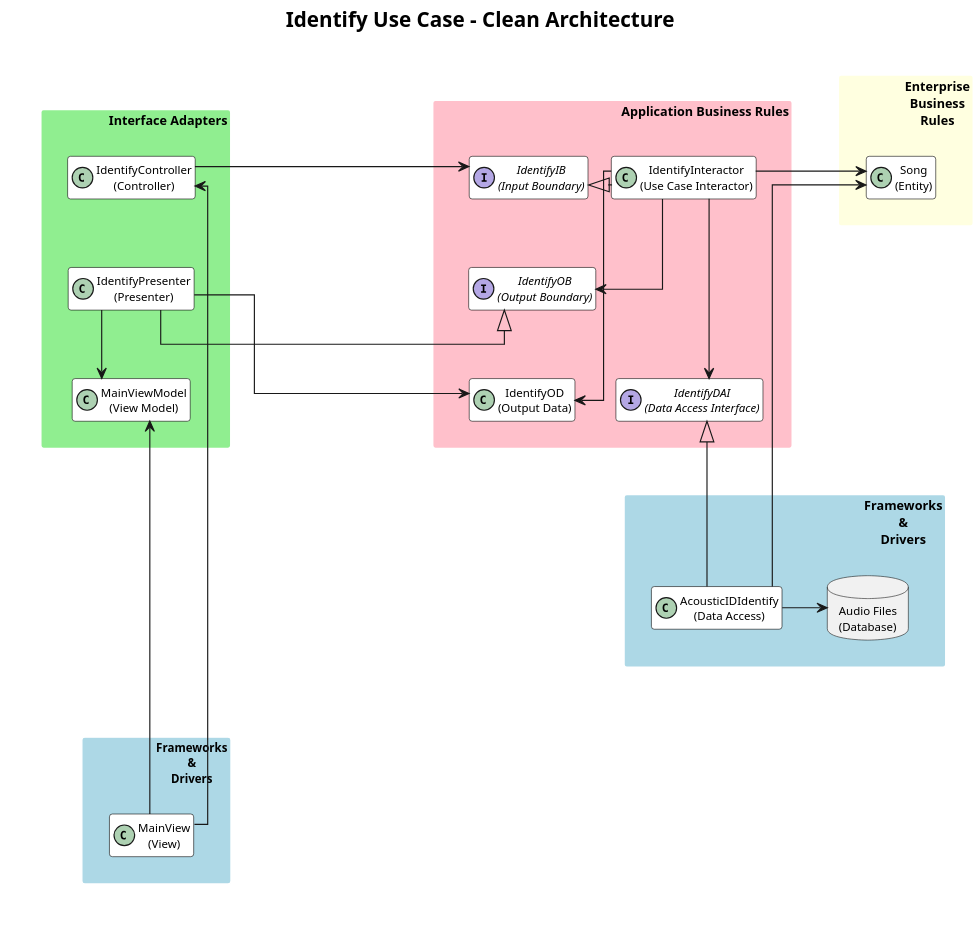
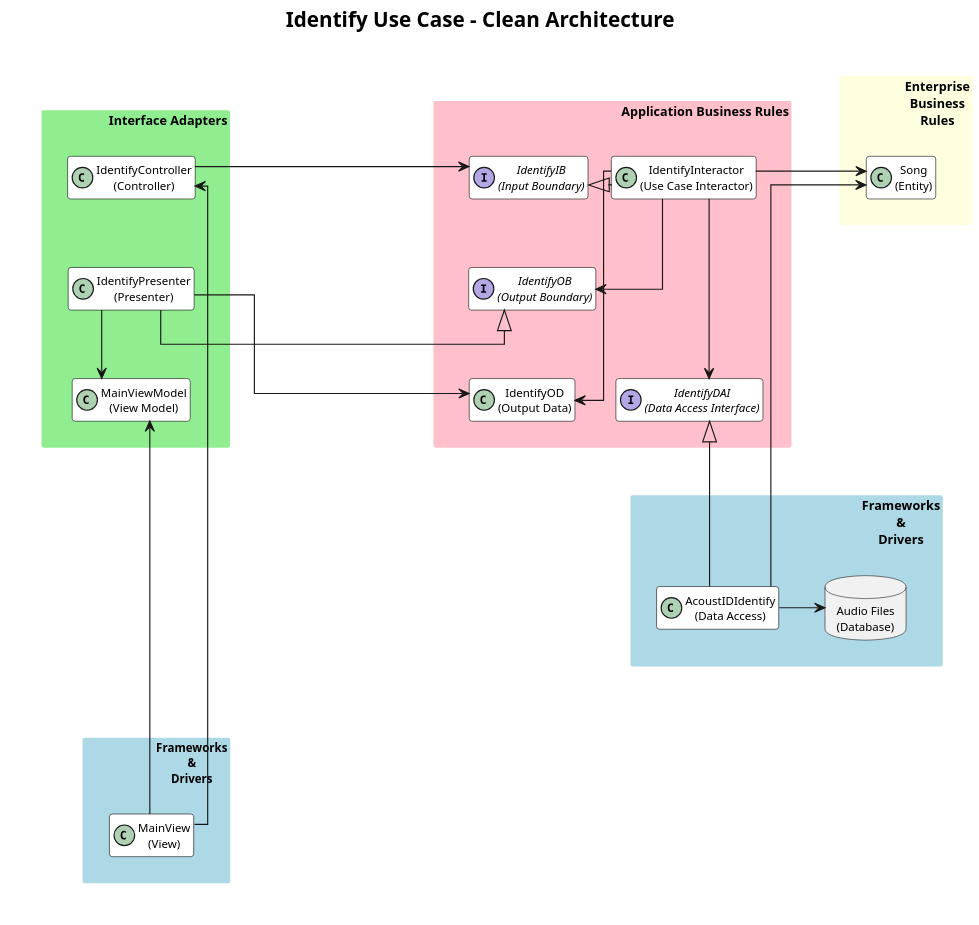
Before and after one commit to hydecnc/soundscope: the diagram in images/identify-ca.puml, drawn with PlantUML. The commit also changed 1 other file, not shown here.

Commit message:
feat: generated identify uml diagram

```diff
--- a/images/identify-ca.puml
+++ b/images/identify-ca.puml
@@ -1,118 +1,118 @@
 @startuml
 skinparam nodesep 20
 
 skinparam dpi 250
 
 skinparam titleFontSize 18
 skinparam defaultFontSize 10
 skinparam classFontSize 10
 skinparam packageFontSize 11
 title Identify Use Case - Clean Architecture
 
 
 allowmixing
 
 skinparam linetype ortho
 
 skinparam packageStyle rectangle
 
 skinparam package {
   BackgroundColor #ADD8E6
   FontColor black
   BorderColor white
   TitleAlignment right
 }
 
 skinparam class {
   BackgroundColor white
   FontColor black
   BorderColor black
 }
 
 package "Frameworks\n&\nDrivers" as FD #lightblue {
   database "Audio Files\n(Database)" as Database
-  class "AcousticIDIdentify\n(Data Access)" as DataAccess
+  class "AcoustIDIdentify\n(Data Access)" as DataAccess
 }
 
 package "Enterprise\nBusiness\nRules" as EBR #lightyellow {
   class "Song\n(Entity)" as Entity
 }
 
 package "Application Business Rules" as ABR #pink {
 
   together {
   class "IdentifyInteractor\n(Use Case Interactor)" as Interactor
 
   interface "IdentifyIB\n(Input Boundary)" as InputBoundary
   }
 
   interface "IdentifyOB\n(Output Boundary)" as OutputBoundary
   class "IdentifyOD\n(Output Data)" as OutputData
   interface "IdentifyDAI\n(Data Access Interface)" as DataAccessInterface
 }
 
 together{
 package " " as foo #white {
 package "Interface Adapters" #lightgreen {
   class "IdentifyController\n(Controller)" as Controller
   class "IdentifyPresenter\n(Presenter)" as Presenter
   class "MainViewModel\n(View Model)" as ViewModel
 }
 
 package "Frameworks\n&\nDrivers" as "FD2" #lightblue {
   class "MainView\n(View)" as View
 }
 }
 
 second -[hidden]up-> Controller
 second -[hidden]down-> Presenter
 
 
 DataAccess -up--> Entity
 Interactor -right-> Entity
 'STEP 5 Use Case Interactor to Entities
 Presenter -down-> ViewModel
 'STEP 7 Presenter to View Model
 View -up-> ViewModel
 DataAccess -[norank]--> Database
 'STEP 4 Data Access to Database
 DataAccess -up-|> DataAccessInterface
 View -up-----> Controller
 'STEP 1 View to Controller
 
 EBR -[hidden]down- FD
 "Interface Adapters" -[hidden]down- FD
 EBR -[hidden]down--- FD
 "Interface Adapters" -[hidden]right- ABR
 
 Controller -[hidden]down-> Presenter
 Presenter -[hidden]down-> ViewModel
 
 InputBoundary -[hidden]down- OutputBoundary
 OutputBoundary -[hidden]down- OutputData
 
 Presenter -left|> OutputBoundary
 Presenter -left-> OutputData
 Controller -left-> InputBoundary
 ' STEP 2 Controller to Input Boundary
 
 Interactor -[norank]-> OutputBoundary
 ' STEP 6 Use Case Interactor to Output Boundary
 Interactor -[norank]-> OutputData
 Interactor -down--> DataAccessInterface
 ' STEP 3 Use Case Interactor to Data Access Interface
 
 Interactor -[norank]-|> InputBoundary
 
 FD2 -[hidden]up-> OutputData
 
 FD2 -[hidden]up-> OutputData
 
 FD -[hidden]right---------> FD2
 
 hide empty members
 
 hide hideme
 hide second
 
 @enduml
```
